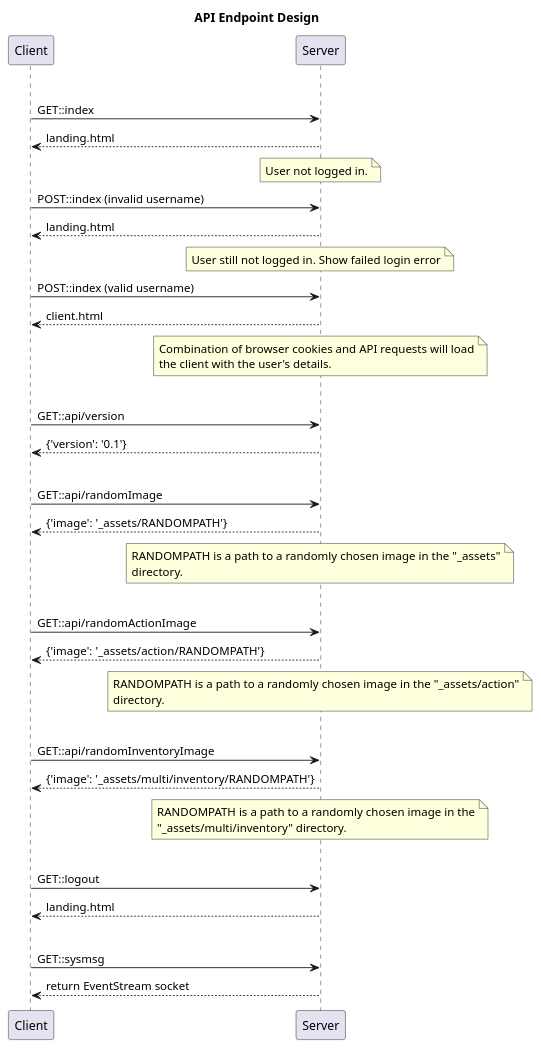
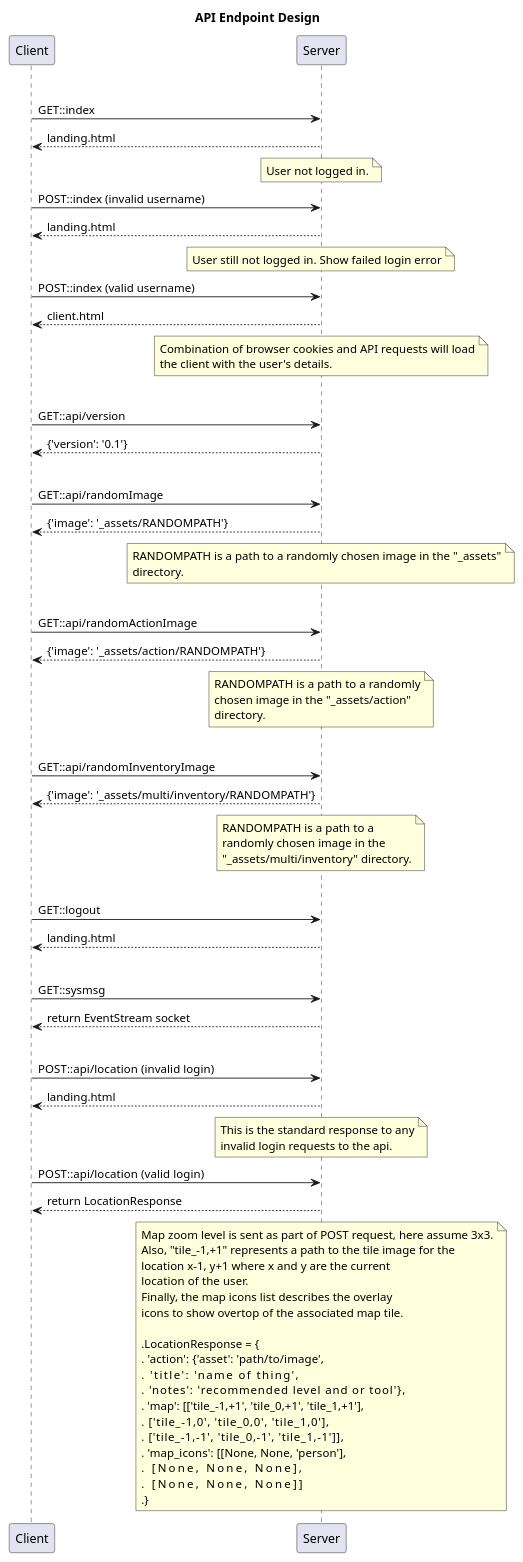
The diagram in src/docs/dev/api_design.puml (fretboardfreak/gridrealm), drawn with PlantUML before and after one commit. The commit also changed 1 other file, not shown here.

Commit message:
docs: continue working on game and api design

```diff
--- a/src/docs/dev/api_design.puml
+++ b/src/docs/dev/api_design.puml
@@ -1,64 +1,98 @@
 @startuml
 
 title API Endpoint Design
 
 group index
 
     Client -> Server: GET::index
     Server --> Client: landing.html
     note over Server: User not logged in.
 
     Client -> Server: POST::index (invalid username)
     Server --> Client: landing.html
     note over Server: User still not logged in. Show failed login error
 
     Client -> Server: POST::index (valid username)
     Server --> Client: client.html
     note over Server
         Combination of browser cookies and API requests will load
         the client with the user's details.
     end note
 
 group version
 
     Client -> Server: GET::api/version
     Server --> Client: {'version': '0.1'}
 
 group randomImage
 
     Client -> Server: GET::api/randomImage
     Server --> Client: {'image': '_assets/RANDOMPATH'}
     note over Server
         RANDOMPATH is a path to a randomly chosen image in the "_assets"
         directory.
     end note
 
 group randomActionImage
 
     Client -> Server: GET::api/randomActionImage
     Server --> Client: {'image': '_assets/action/RANDOMPATH'}
     note over Server
-        RANDOMPATH is a path to a randomly chosen image in the "_assets/action"
+        RANDOMPATH is a path to a randomly
+        chosen image in the "_assets/action"
         directory.
     end note
 
 group randomInventoryImage
 
     Client -> Server: GET::api/randomInventoryImage
     Server --> Client: {'image': '_assets/multi/inventory/RANDOMPATH'}
     note over Server
-        RANDOMPATH is a path to a randomly chosen image in the
+        RANDOMPATH is a path to a
+        randomly chosen image in the
         "_assets/multi/inventory" directory.
     end note
 
 group logout
 
     Client -> Server: GET::logout
     Server --> Client: landing.html
 
 group sysmsg
 
     Client -> Server: GET::sysmsg
     Server --> Client: return EventStream socket
 
+group location
+
+    Client -> Server: POST::api/location  (invalid login)
+    Server --> Client: landing.html
+    note over Server
+        This is the standard response to any
+        invalid login requests to the api.
+    end note
+
+    Client -> Server: POST::api/location  (valid login)
+    Server --> Client: return LocationResponse
+    note over Server
+        Map zoom level is sent as part of POST request, here assume 3x3.
+        Also, "tile_-1,+1" represents a path to the tile image for the
+        location x-1, y+1 where x and y are the current
+        location of the user.
+        Finally, the map icons list describes the overlay
+        icons to show overtop of the associated map tile.
+
+        .LocationResponse = {
+        .  'action': {'asset': 'path/to/image',
+        .             'title': 'name of thing',
+        .             'notes': 'recommended level and or tool'},
+        .  'map': [['tile_-1,+1', 'tile_0,+1', 'tile_1,+1'],
+        .          ['tile_-1,0', 'tile_0,0', 'tile_1,0'],
+        .          ['tile_-1,-1', 'tile_0,-1', 'tile_1,-1']],
+        .  'map_icons': [[None, None, 'person'],
+        .                [None, None, None],
+        .                [None, None, None]]
+        .}
+    end note
+
 @enduml
```
